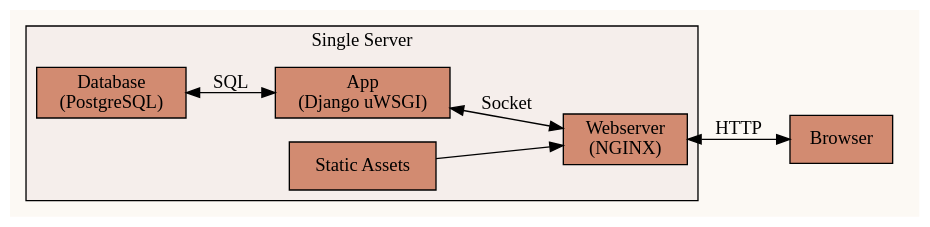
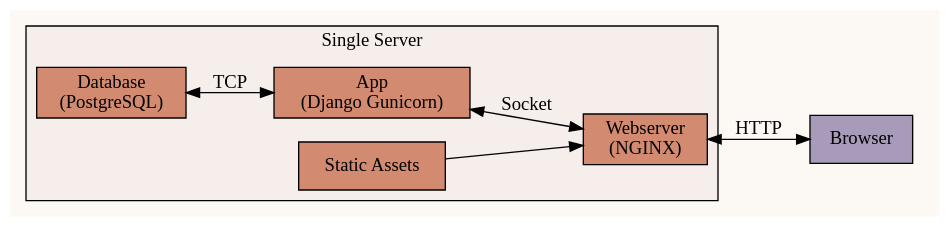
One commit to hnarayanan/harishnarayanan.org changed the diagram in static/images/writing/kubernetes-django/all-in-one-server.dot. Above: the diagram before and after it, drawn with Graphviz. The commit also changed 5 other files, not shown here.

Commit message:
Align all svg graphics

```diff
--- a/static/images/writing/kubernetes-django/all-in-one-server.dot
+++ b/static/images/writing/kubernetes-django/all-in-one-server.dot
@@ -1,23 +1,23 @@
 digraph Application {
     bgcolor = "#fcf9f4";
     rankdir = LR;
     node[shape=box, style=filled, fillcolor="#d28b71"];
 
     subgraph clusterClient {
         style = invis;
-        browser [label="Browser"];
+        browser [label="Browser", fillcolor="#a89bb9"];
     };
     subgraph clusterServer {
         label="Single Server";
         bgcolor="#f5eeeb";
-        app [label="App\n(Django uWSGI)"];
+        app [label="App\n(Django Gunicorn)"];
         database [label="Database\n(PostgreSQL)"];
         assets[label="Static Assets"];
         webserver [label="Webserver\n(NGINX)"];
     };
 
-    database -> app [label="SQL", dir="both"];
+    database -> app [label="TCP", dir="both"];
     app -> webserver [label="Socket", dir="both"];
     assets -> webserver;
     webserver -> browser [label="HTTP", dir="both"];
 }
```
